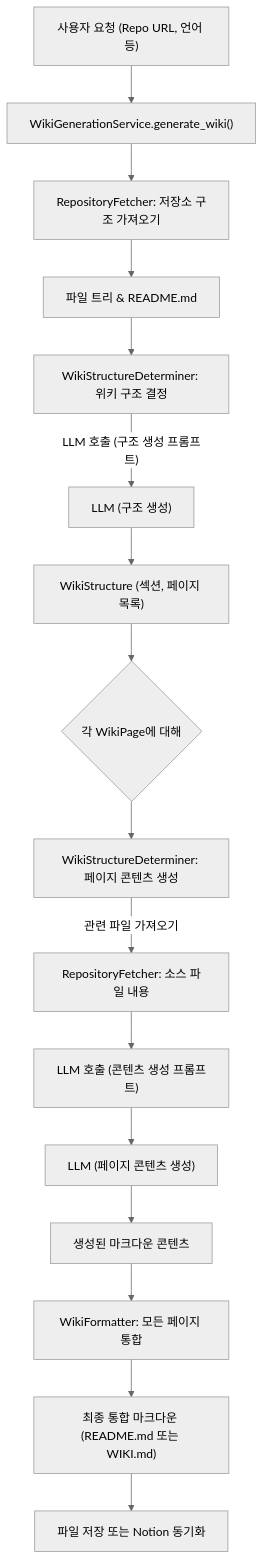
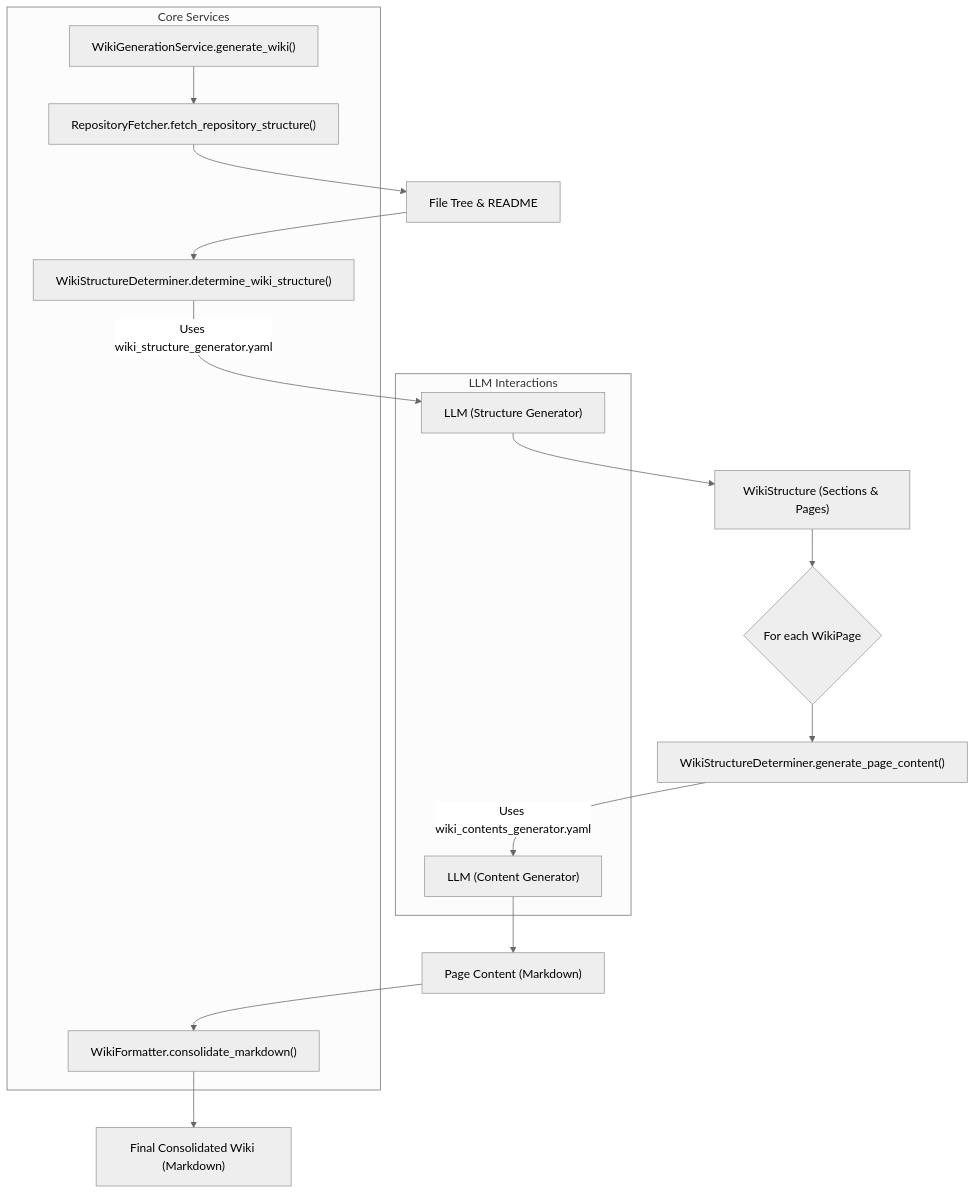
The third of 19 diagrams in examples/wiki_as_README.md (catuscio/wiki-as-readme), drawn with Mermaid (neutral theme) before and after one commit. The commit also changed other lines of this file, not shown here.

Commit message:
✨📚 Update examples/wiki_as_README.md via Wiki-As-Readme Action (en)

````diff
--- a/examples/wiki_as_README.md
+++ b/examples/wiki_as_README.md
@@ -367,22 +338,25 @@
 ```mermaid
 graph TD
-    A["사용자 요청 (Repo URL, 언어 등)"] --> B["WikiGenerationService.generate_wiki()"]
+    A["WikiGenerationService.generate_wiki()"] --> B["RepositoryFetcher.fetch_repository_structure()"];
+    B --> C["File Tree & README"];
+    C --> D["WikiStructureDeterminer.determine_wiki_structure()"];
+    D -- "Uses wiki_structure_generator.yaml" --> E["LLM (Structure Generator)"];
+    E --> F["WikiStructure (Sections & Pages)"];
+    F --> G{"For each WikiPage"};
+    G --> H["WikiStructureDeterminer.generate_page_content()"];
+    H -- "Uses wiki_contents_generator.yaml" --> I["LLM (Content Generator)"];
+    I --> J["Page Content (Markdown)"];
+    J --> K["WikiFormatter.consolidate_markdown()"];
+    K --> L["Final Consolidated Wiki (Markdown)"];
 
-    B --> C["RepositoryFetcher: 저장소 구조 가져오기"]
-    C --> D["파일 트리 & README.md"]
-
-    D --> E["WikiStructureDeterminer: 위키 구조 결정"]
-    E -- "LLM 호출 (구조 생성 프롬프트)" --> F["LLM (구조 생성)"]
-    F --> G["WikiStructure (섹션, 페이지 목록)"]
-
-    G --> H{"각 WikiPage에 대해"}
-    H --> I["WikiStructureDeterminer: 페이지 콘텐츠 생성"]
-    I -- "관련 파일 가져오기" --> J["RepositoryFetcher: 소스 파일 내용"]
-    J --> K["LLM 호출 (콘텐츠 생성 프롬프트)"]
-    K --> L["LLM (페이지 콘텐츠 생성)"]
-    L --> M["생성된 마크다운 콘텐츠"]
-
-    M --> N["WikiFormatter: 모든 페이지 통합"]
-    N --> O["최종 통합 마크다운 (README.md 또는 WIKI.md)"]
-    O --> P["파일 저장 또는 Notion 동기화"]
+    subgraph LLM Interactions
+        E
+        I
+    end
+    subgraph Core Services
+        A
+        B
+        D
+        K
+    end
 ```
````
